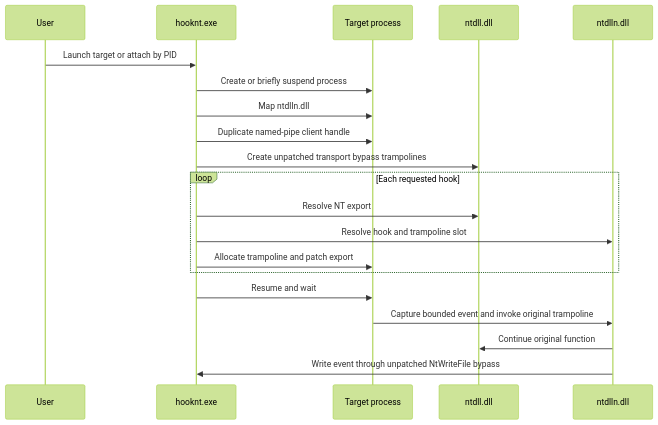
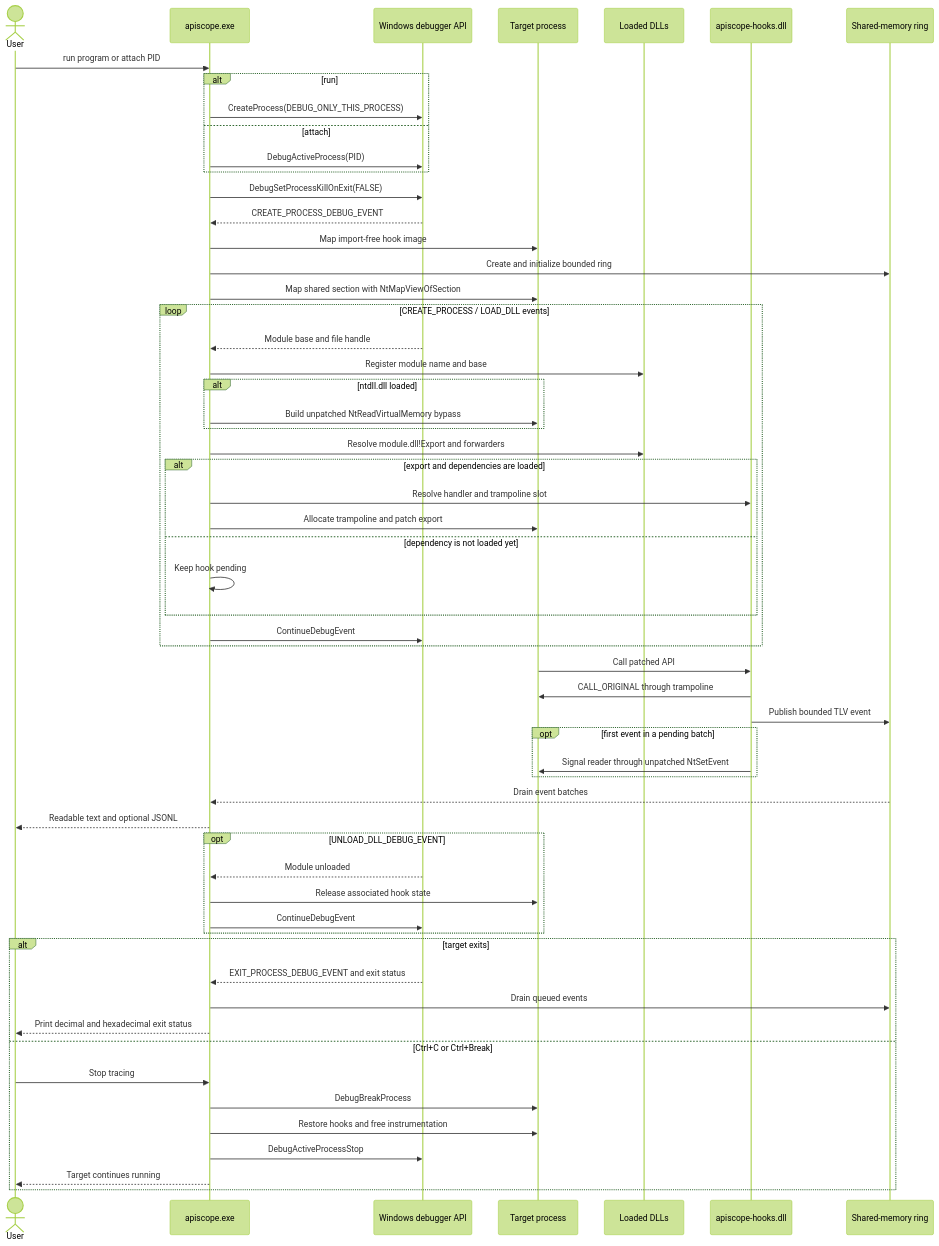
The diagram in README.md (sonx4444/hook-nt), drawn with Mermaid (forest theme) before and after one commit. The commit also changed other lines of this file and 77 other files, not shown here.

Commit message:
release ApiScope v0.4.0

````diff
--- a/README.md
+++ b/README.md
@@ -135,23 +127,65 @@
 ```mermaid
 sequenceDiagram
-    participant User
-    participant HookNt as hooknt.exe
+    actor User
+    participant ApiScope as apiscope.exe
+    participant Debugger as Windows debugger API
     participant Target as Target process
-    participant NTDLL as ntdll.dll
-    participant Hooks as ntdlln.dll
+    participant Modules as Loaded DLLs
+    participant Hooks as apiscope-hooks.dll
+    participant Ring as Shared-memory ring
 
-    User->>HookNt: Launch target or attach by PID
-    HookNt->>Target: Create or briefly suspend process
-    HookNt->>Target: Map ntdlln.dll
-    HookNt->>Target: Duplicate named-pipe client handle
-    HookNt->>NTDLL: Create unpatched transport bypass trampolines
-    loop Each requested hook
-        HookNt->>NTDLL: Resolve NT export
-        HookNt->>Hooks: Resolve hook and trampoline slot
-        HookNt->>Target: Allocate trampoline and patch export
+    User->>ApiScope: run program or attach PID
+    alt run
+        ApiScope->>Debugger: CreateProcess(DEBUG_ONLY_THIS_PROCESS)
+    else attach
+        ApiScope->>Debugger: DebugActiveProcess(PID)
     end
-    HookNt->>Target: Resume and wait
-    Target->>Hooks: Capture bounded event and invoke original trampoline
-    Hooks->>NTDLL: Continue original function
-    Hooks->>HookNt: Write event through unpatched NtWriteFile bypass
+    ApiScope->>Debugger: DebugSetProcessKillOnExit(FALSE)
+    Debugger-->>ApiScope: CREATE_PROCESS_DEBUG_EVENT
+    ApiScope->>Target: Map import-free hook image
+    ApiScope->>Ring: Create and initialize bounded ring
+    ApiScope->>Target: Map shared section with NtMapViewOfSection
+
+    loop CREATE_PROCESS / LOAD_DLL events
+        Debugger-->>ApiScope: Module base and file handle
+        ApiScope->>Modules: Register module name and base
+        alt ntdll.dll loaded
+            ApiScope->>Target: Build unpatched NtReadVirtualMemory bypass
+        end
+        ApiScope->>Modules: Resolve module.dll!Export and forwarders
+        alt export and dependencies are loaded
+            ApiScope->>Hooks: Resolve handler and trampoline slot
+            ApiScope->>Target: Allocate trampoline and patch export
+        else dependency is not loaded yet
+            ApiScope->>ApiScope: Keep hook pending
+        end
+        ApiScope->>Debugger: ContinueDebugEvent
+    end
+
+    Target->>Hooks: Call patched API
+    Hooks->>Target: CALL_ORIGINAL through trampoline
+    Hooks->>Ring: Publish bounded TLV event
+    opt first event in a pending batch
+        Hooks->>Target: Signal reader through unpatched NtSetEvent
+    end
+    Ring-->>ApiScope: Drain event batches
+    ApiScope-->>User: Readable text and optional JSONL
+
+    opt UNLOAD_DLL_DEBUG_EVENT
+        Debugger-->>ApiScope: Module unloaded
+        ApiScope->>Target: Release associated hook state
+        ApiScope->>Debugger: ContinueDebugEvent
+    end
+
+    alt target exits
+        Debugger-->>ApiScope: EXIT_PROCESS_DEBUG_EVENT and exit status
+        ApiScope->>Ring: Drain queued events
+        ApiScope-->>User: Print decimal and hexadecimal exit status
+    else Ctrl+C or Ctrl+Break
+        User->>ApiScope: Stop tracing
+        ApiScope->>Target: DebugBreakProcess
+        ApiScope->>Target: Restore hooks and free instrumentation
+        ApiScope->>Debugger: DebugActiveProcessStop
+        ApiScope-->>User: Target continues running
+    end
 ```
````
